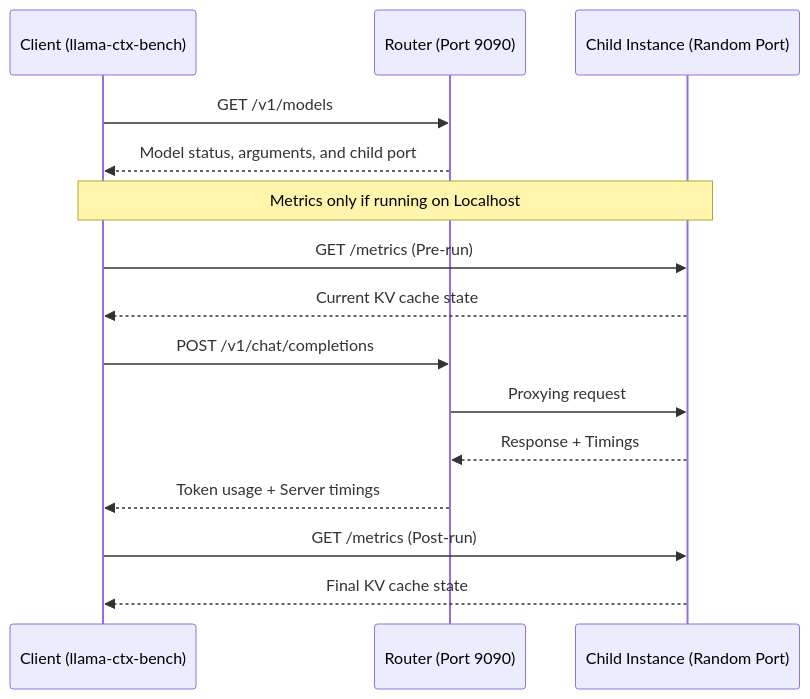
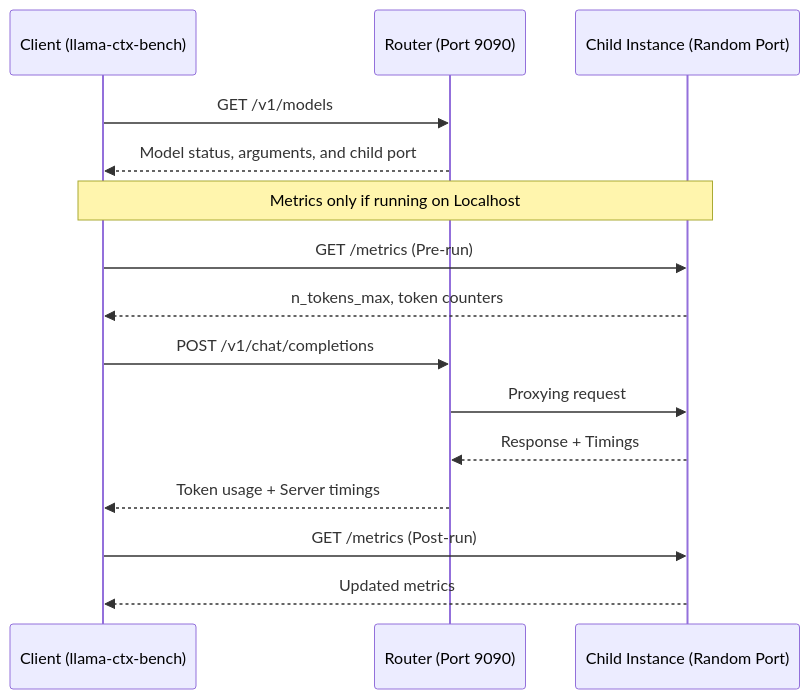
Before and after one commit to shatrix/llama-ctx-bench: the diagram in README.md, drawn with Mermaid. The commit also changed other lines of this file, not shown here.

Commit message:
docs: update README to reflect actual server metrics

````diff
--- a/README.md
+++ b/README.md
@@ -99,21 +103,21 @@
 ```mermaid
 sequenceDiagram
     participant Client as Client (llama-ctx-bench)
     participant Router as Router (Port 9090)
     participant Child as Child Instance (Random Port)
 
     Client->>Router: GET /v1/models
     Router-->>Client: Model status, arguments, and child port
 
     Note over Client,Child: Metrics only if running on Localhost
     Client->>Child: GET /metrics (Pre-run)
-    Child-->>Client: Current KV cache state
+    Child-->>Client: n_tokens_max, token counters
 
     Client->>Router: POST /v1/chat/completions
     Router->>Child: Proxying request
     Child-->>Router: Response + Timings
     Router-->>Client: Token usage + Server timings
 
     Client->>Child: GET /metrics (Post-run)
-    Child-->>Client: Final KV cache state
+    Child-->>Client: Updated metrics
 ```
````
